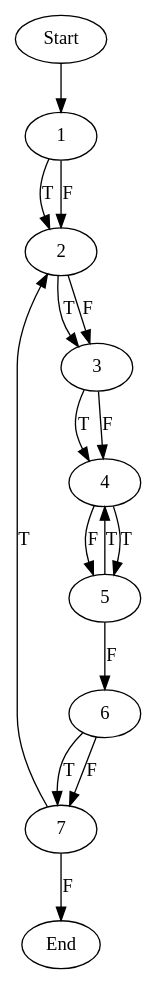
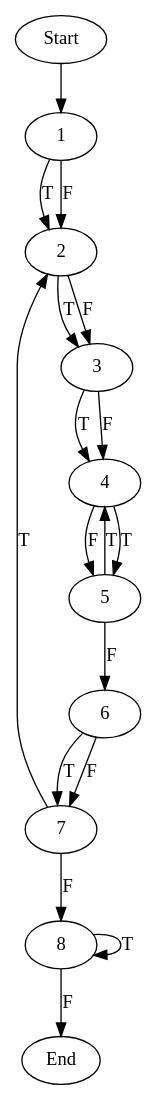
One commit to echancrure/Sikraken changed the diagram in Parser/input.dot. Above: the diagram before and after it, drawn with Graphviz. The commit also changed 7 other files, not shown here.

```diff
--- a/Parser/input.dot
+++ b/Parser/input.dot
@@ -1,17 +1,19 @@
 digraph CFG {
 "Start" -> "1"	 
+"8" -> "8" [label = "T"];
+"8" -> "End" [label = "F"];
 "7" -> "2" [label = "T"];
-"7" -> "End" [label = "F"];
+"7" -> "8" [label = "F"];
 "6" -> "7" [label = "T"];
 "6" -> "7" [label = "F"];
 "5" -> "4" [label = "T"];
 "5" -> "6" [label = "F"];
 "4" -> "5" [label = "T"];
 "4" -> "5" [label = "F"];
 "3" -> "4" [label = "T"];
 "3" -> "4" [label = "F"];
 "2" -> "3" [label = "T"];
 "2" -> "3" [label = "F"];
 "1" -> "2" [label = "T"];
 "1" -> "2" [label = "F"];
 }
```
